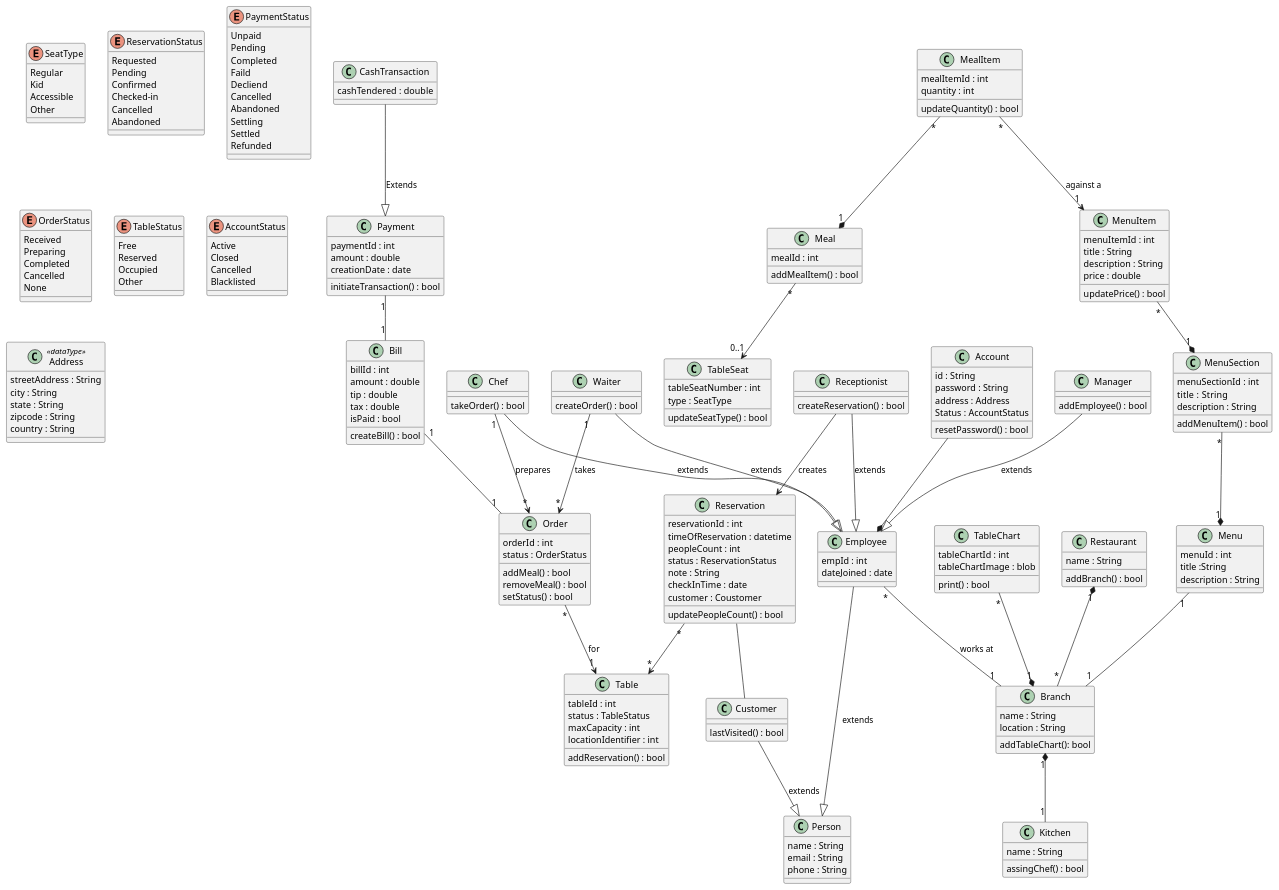
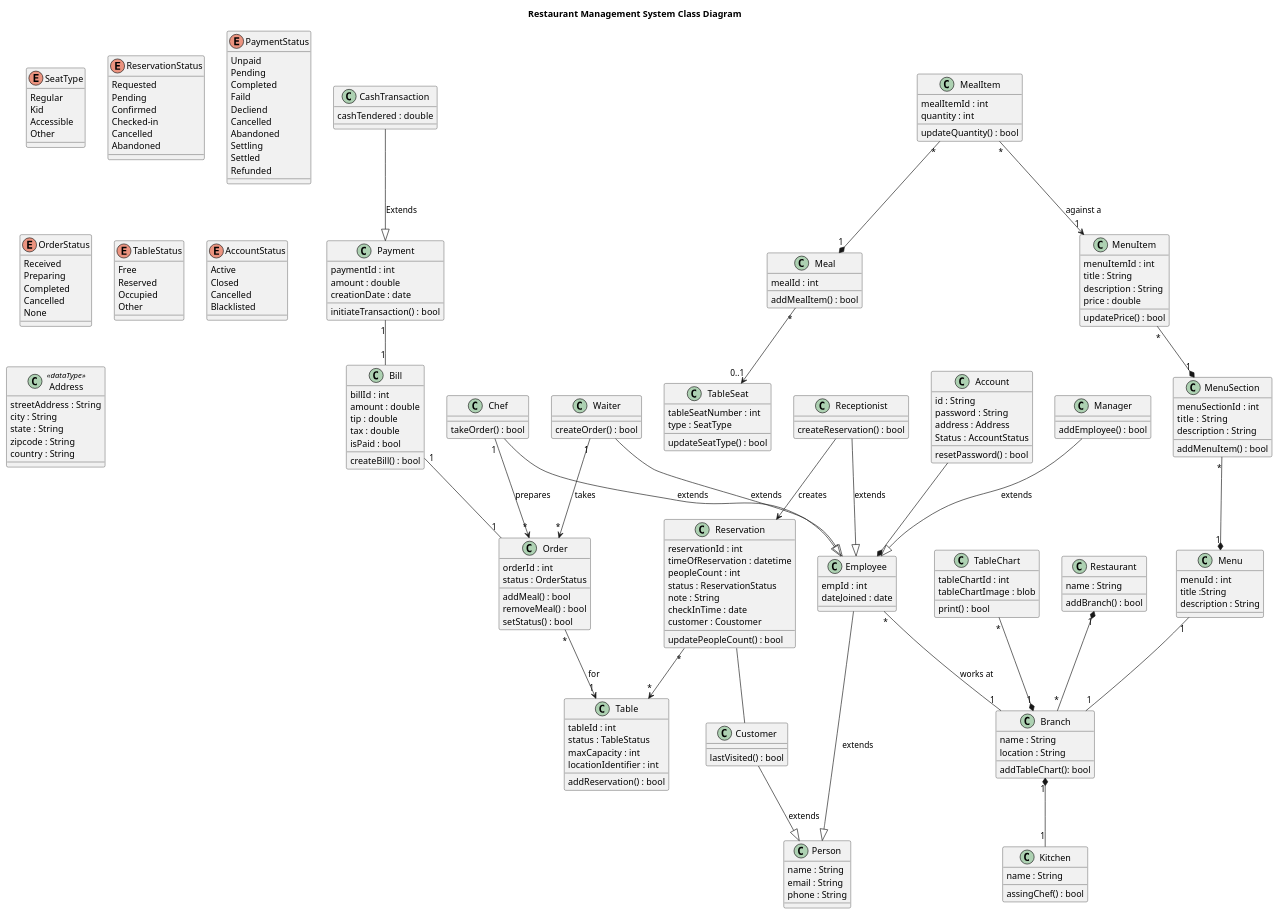
Before and after one commit to vinu-2001/RestaurantUMLDigrams: the diagram in UMLTest/Class.puml, drawn with PlantUML.

Commit message:
Add title

```diff
--- a/UMLTest/Class.puml
+++ b/UMLTest/Class.puml
@@ -1,4 +1,7 @@
 @startuml
+
+title "Restaurant Management System Class Diagram"
+
 enum SeatType {
     Regular
     Kid
```
